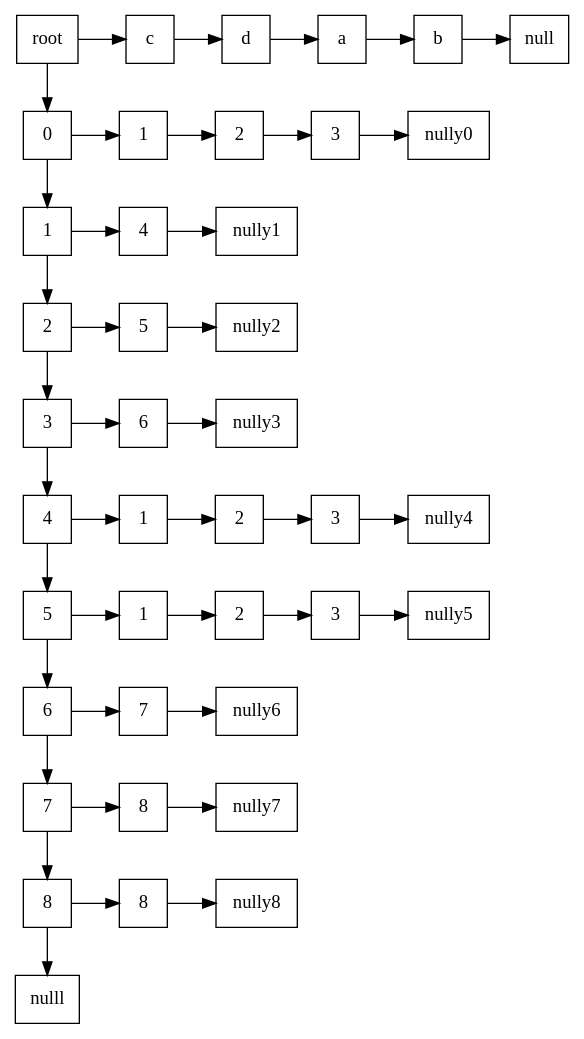
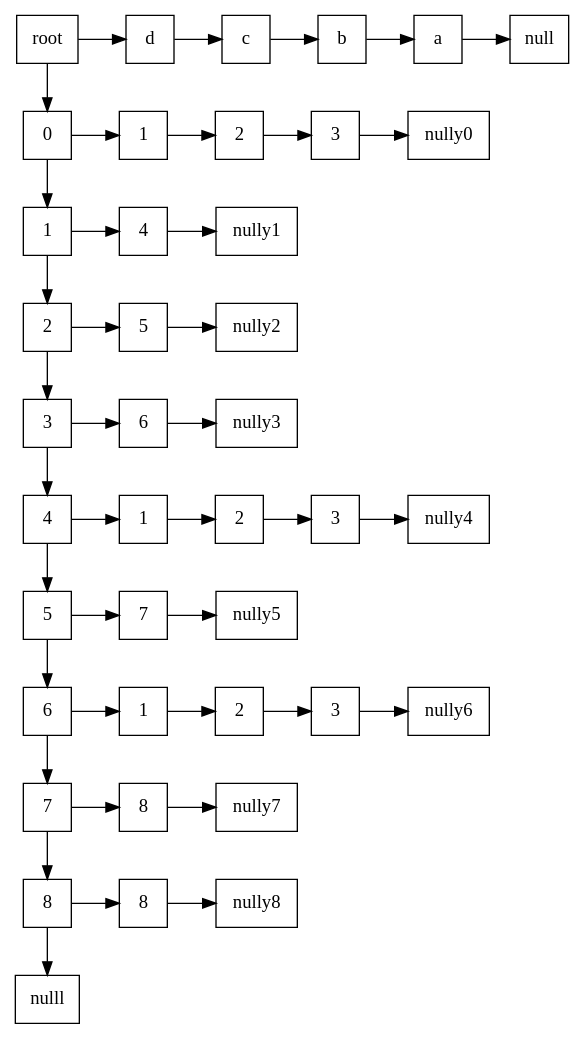
The diagram in Compi1Proyecto1/er2_tabla.dot (AhiezerRamirez/Compi1Proyecto1), drawn with Graphviz before and after one commit. The commit also changed 13 other files, not shown here.

```diff
--- a/Compi1Proyecto1/er2_tabla.dot
+++ b/Compi1Proyecto1/er2_tabla.dot
@@ -1,55 +1,55 @@
 digraph tabla{ 
  	rankdir=TB;
 	node [shape=rectangle, height=0.5, width=0.5];
 	graph[ nodesep = 0.5];
+	d[label="d"];
 	c[label="c"];
-	d[label="d"];
+	b[label="b"];
 	a[label="a"];
-	b[label="b"];
 	root[label="root"];
 	y0[label="0"];
 	y1[label="1"];
 	y2[label="2"];
 	y3[label="3"];
 	y4[label="4"];
 	y5[label="5"];
 	y6[label="6"];
 	y7[label="7"];
 	y8[label="8"];
-	root -> c -> d -> a -> b -> null
+	root -> d -> c -> b -> a -> null
 	root -> y0 -> y1 -> y2 -> y3 -> y4 -> y5 -> y6 -> y7 -> y8 -> nulll
 	xy01[label="1"]
 	xy02[label="2"]
 	xy03[label="3"]
 	xy14[label="4"]
 	xy25[label="5"]
 	xy36[label="6"]
 	xy41[label="1"]
 	xy42[label="2"]
 	xy43[label="3"]
-	xy51[label="1"]
-	xy52[label="2"]
-	xy53[label="3"]
-	xy67[label="7"]
+	xy57[label="7"]
+	xy61[label="1"]
+	xy62[label="2"]
+	xy63[label="3"]
 	xy78[label="8"]
 	xy88[label="8"]
 	y0 -> xy01 -> xy02 -> xy03 -> nully0[constraint=false];
 	y1 -> xy14 -> nully1[constraint=false];
 	y2 -> xy25 -> nully2[constraint=false];
 	y3 -> xy36 -> nully3[constraint=false];
 	y4 -> xy41 -> xy42 -> xy43 -> nully4[constraint=false];
-	y5 -> xy51 -> xy52 -> xy53 -> nully5[constraint=false];
-	y6 -> xy67 -> nully6[constraint=false];
+	y5 -> xy57 -> nully5[constraint=false];
+	y6 -> xy61 -> xy62 -> xy63 -> nully6[constraint=false];
 	y7 -> xy78 -> nully7[constraint=false];
 	y8 -> xy88 -> nully8[constraint=false];
-	{ rank=same;root;null;c;d;a;b}
+	{ rank=same;root;null;d;c;b;a}
 	{ rank=same;y0;nully0;xy01;xy02;xy03}
 	{ rank=same;y1;nully1;xy14}
 	{ rank=same;y2;nully2;xy25}
 	{ rank=same;y3;nully3;xy36}
 	{ rank=same;y4;nully4;xy41;xy42;xy43}
-	{ rank=same;y5;nully5;xy51;xy52;xy53}
-	{ rank=same;y6;nully6;xy67}
+	{ rank=same;y5;nully5;xy57}
+	{ rank=same;y6;nully6;xy61;xy62;xy63}
 	{ rank=same;y7;nully7;xy78}
 	{ rank=same;y8;nully8;xy88}
 }
```
